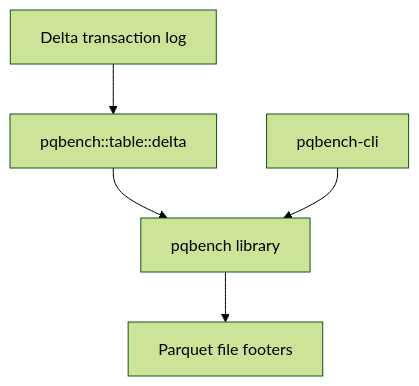
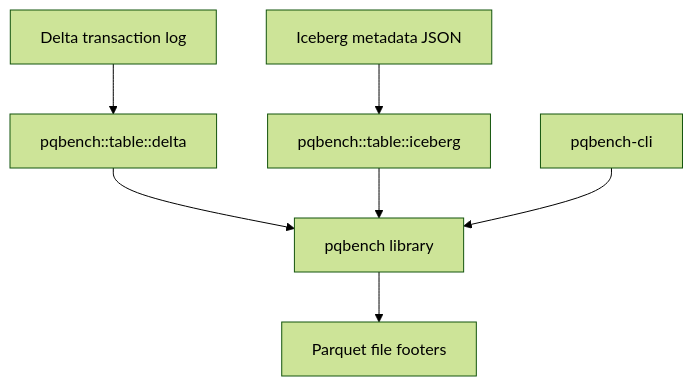
Before and after one commit to rinchinov/pqbench: the diagram in README.md, drawn with Mermaid (forest theme). The commit also changed other lines of this file and 11 other files, not shown here.

Commit message:
Add Iceberg byte-mass table support

````diff
--- a/README.md
+++ b/README.md
@@ -16,7 +16,9 @@
 ```mermaid
 flowchart TD
     delta_log[Delta transaction log] --> delta[pqbench::table::delta]
+    iceberg_metadata[Iceberg metadata JSON] --> iceberg[pqbench::table::iceberg]
     delta --> pqbench[pqbench library]
+    iceberg --> pqbench
     pqbench_cli[pqbench-cli] --> pqbench
     pqbench --> parquet[Parquet file footers]
 ```
````
